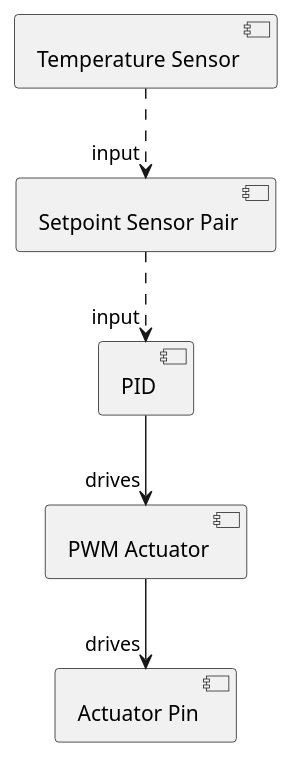
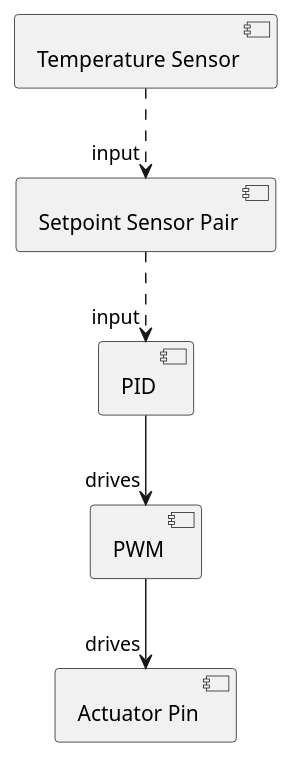
Before and after one commit to BrewBlox/brewblox-documentation: the diagram in docs/uml/basic_chain.puml, drawn with PlantUML. The commit also changed 4 other files, not shown here.

```diff
--- a/docs/uml/basic_chain.puml
+++ b/docs/uml/basic_chain.puml
@@ -1,13 +1,13 @@
 @startuml Basic control chain
 component PID
-component PWM as "PWM Actuator"
+component PWM
 component Pin as "Actuator Pin"
 component SSP as "Setpoint Sensor Pair"
 component Sensor as "Temperature Sensor"
 
 Sensor .down.> "input" SSP
 SSP .down.> "input" PID
 PID -down-> "drives" PWM
 PWM -down-> "drives" Pin
 
 @enduml
```
